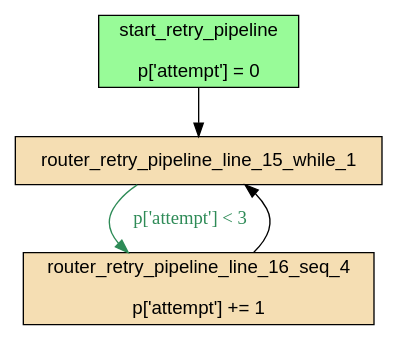
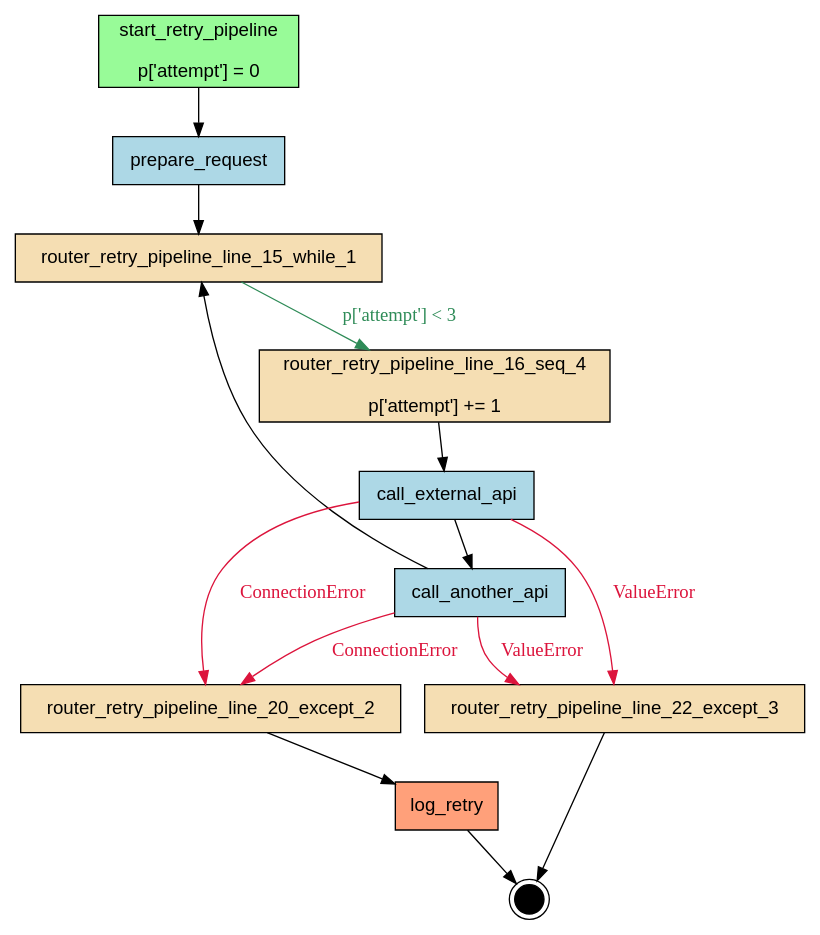
The diagram in examples/flows/compiled/try_except_retry_loop/flow.dot (deliveryhero/asya), drawn with Graphviz before and after one commit. The commit also changed 625 other files, not shown here.

```diff
--- a/examples/flows/compiled/try_except_retry_loop/flow.dot
+++ b/examples/flows/compiled/try_except_retry_loop/flow.dot
@@ -1,14 +1,32 @@
 digraph "retry_pipeline" {
     rankdir=TB;
     node [shape=box, style=filled, fontname="Helvetica"];
 
     { rank=source; start_retry_pipeline; }
 
+    call_another_api [label="call_another_api", fillcolor=lightblue];
+    call_external_api [label="call_external_api", fillcolor=lightblue];
+    log_retry [label="log_retry", fillcolor=lightsalmon];
+    prepare_request [label="prepare_request", fillcolor=lightblue];
     router_retry_pipeline_line_15_while_1 [label="router_retry_pipeline_line_15_while_1", fillcolor=wheat];
     router_retry_pipeline_line_16_seq_4 [label="router_retry_pipeline_line_16_seq_4\n\np['attempt'] += 1", fillcolor=wheat];
+    router_retry_pipeline_line_20_except_2 [label="router_retry_pipeline_line_20_except_2", fillcolor=wheat];
+    router_retry_pipeline_line_22_except_3 [label="router_retry_pipeline_line_22_except_3", fillcolor=wheat];
     start_retry_pipeline [label="start_retry_pipeline\n\np['attempt'] = 0", fillcolor=palegreen];
 
-    start_retry_pipeline -> router_retry_pipeline_line_15_while_1;
+    __end__ [label="", shape=doublecircle, fillcolor=black, width=0.3, fixedsize=true];
+
+    start_retry_pipeline -> prepare_request;
+    prepare_request -> router_retry_pipeline_line_15_while_1;
+    router_retry_pipeline_line_20_except_2 -> log_retry;
+    router_retry_pipeline_line_16_seq_4 -> call_external_api;
+    call_external_api -> call_another_api;
     router_retry_pipeline_line_15_while_1 -> router_retry_pipeline_line_16_seq_4 [label="p['attempt'] < 3", color="#2E8B57", fontcolor="#2E8B57"];
-    router_retry_pipeline_line_16_seq_4 -> router_retry_pipeline_line_15_while_1;
+    call_external_api -> router_retry_pipeline_line_20_except_2 [label="ConnectionError", color="#DC143C", fontcolor="#DC143C"];
+    call_external_api -> router_retry_pipeline_line_22_except_3 [label="ValueError", color="#DC143C", fontcolor="#DC143C"];
+    call_another_api -> router_retry_pipeline_line_20_except_2 [label="ConnectionError", color="#DC143C", fontcolor="#DC143C"];
+    call_another_api -> router_retry_pipeline_line_22_except_3 [label="ValueError", color="#DC143C", fontcolor="#DC143C"];
+    call_another_api -> router_retry_pipeline_line_15_while_1;
+    log_retry -> __end__;
+    router_retry_pipeline_line_22_except_3 -> __end__;
 }
```
